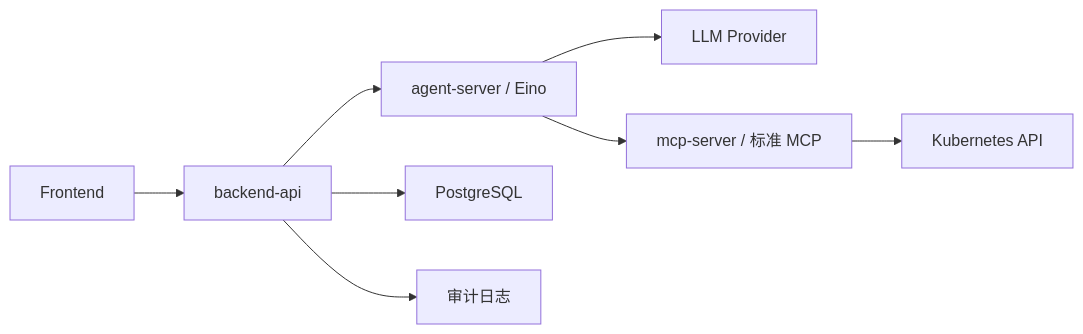
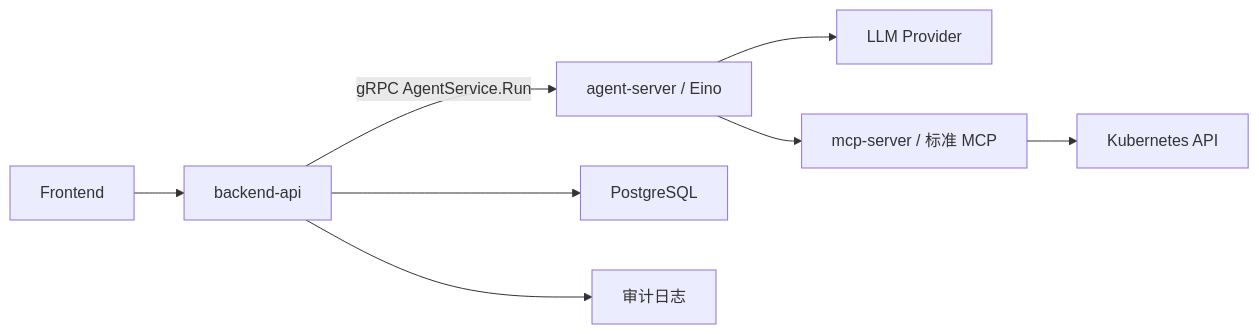
The diagram in docs/superpowers/specs/2026-05-27-eino-agent-mcp-service-split-design.md (ZhaoXiangHeng/k8s-agent), drawn with Mermaid before and after one commit. The commit also changed other lines of this file and 61 other files, not shown here.

````diff
--- a/docs/superpowers/specs/2026-05-27-eino-agent-mcp-service-split-design.md
+++ b/docs/superpowers/specs/2026-05-27-eino-agent-mcp-service-split-design.md
@@ -34,10 +35,10 @@
 ```mermaid
 flowchart LR
   UI["Frontend"] --> API["backend-api"]
-  API --> Agent["agent-server / Eino"]
+  API -->|"gRPC AgentService.Run"| Agent["agent-server / Eino"]
   Agent --> LLM["LLM Provider"]
   Agent --> MCP["mcp-server / 标准 MCP"]
   MCP --> K8S["Kubernetes API"]
   API --> DB["PostgreSQL"]
   API --> Audit["审计日志"]
 ```
````
